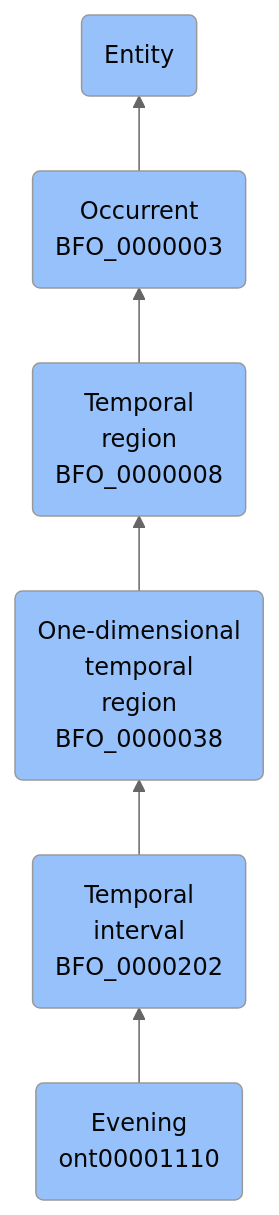
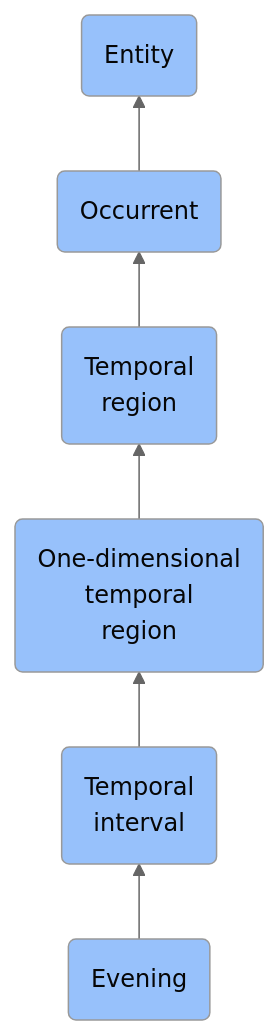
The diagram in docs/ontology/reference/model/Entity/Occurrent/Temporal region/One-dimensional temporal region/Temporal interval/Evening/Evening.md (jupyter-naas/abi), drawn with Mermaid (neutral theme) before and after one commit. The commit also changed other lines of this file and 1430 other files, not shown here.

````diff
--- a/docs/ontology/reference/model/Entity/Occurrent/Temporal region/One-dimensional temporal region/Temporal interval/Evening/Evening.md
+++ b/docs/ontology/reference/model/Entity/Occurrent/Temporal region/One-dimensional temporal region/Temporal interval/Evening/Evening.md
@@ -24,13 +24,13 @@
 ```mermaid
 graph BT
-    ont00001110(Evening<br>ont00001110):::BFO-->BFO_0000202
-    BFO_0000202(Temporal<br>interval<br>BFO_0000202):::BFO-->BFO_0000038
-    BFO_0000038(One-dimensional<br>temporal<br>region<br>BFO_0000038):::BFO-->BFO_0000008
-    BFO_0000008(Temporal<br>region<br>BFO_0000008):::BFO-->BFO_0000003
-    BFO_0000003(Occurrent<br>BFO_0000003):::BFO-->BFO_0000001
+    ont00001110(Evening):::BFO-->BFO_0000202
+    BFO_0000202(Temporal<br>interval):::BFO-->BFO_0000038
+    BFO_0000038(One-dimensional<br>temporal<br>region):::BFO-->BFO_0000008
+    BFO_0000008(Temporal<br>region):::BFO-->BFO_0000003
+    BFO_0000003(Occurrent):::BFO-->BFO_0000001
     BFO_0000001(Entity):::BFO
     
     classDef BFO fill:#97c1fb,color:#060606
     classDef CCO fill:#e4c51e,color:#060606
     classDef ABI fill:#48DD82,color:#060606
 ```
````
